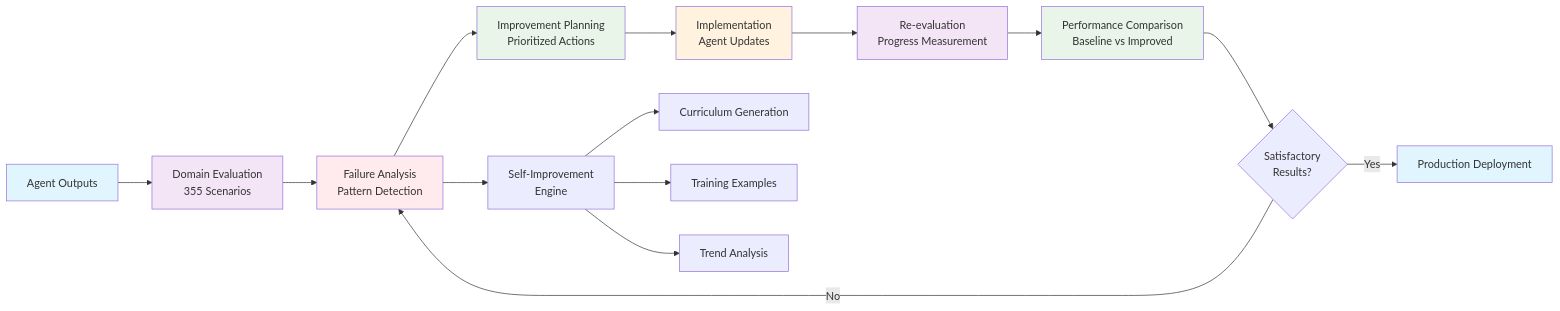
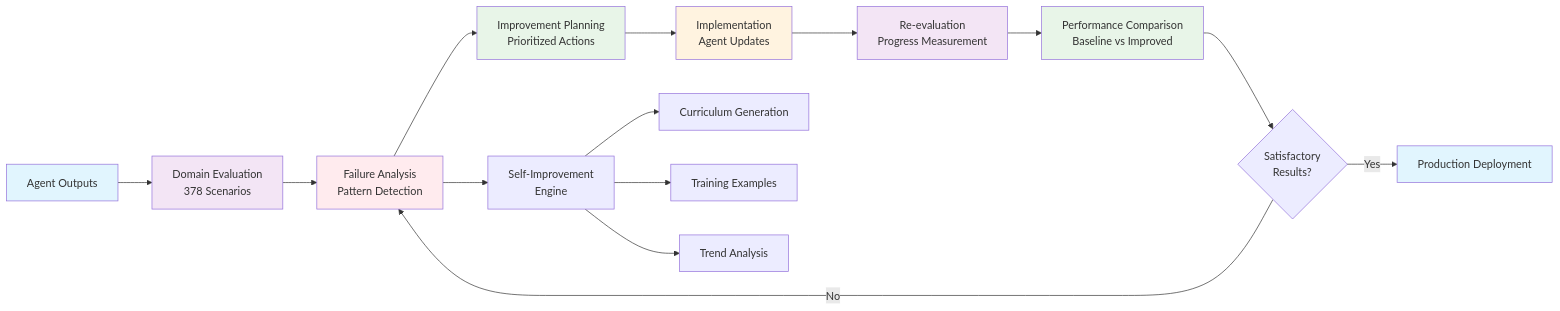
The second of 2 diagrams in README.md (Arc-Computer/arc-eval), drawn with Mermaid before and after one commit. The commit also changed other lines of this file and 2 other files, not shown here.

````diff
--- a/README.md
+++ b/README.md
@@ -107,27 +107,27 @@
 ```mermaid
 graph LR
-    A[Agent Outputs] --> B[Domain Evaluation<br/>355 Scenarios]
+    A[Agent Outputs] --> B[Domain Evaluation<br/>378 Scenarios]
     B --> C[Failure Analysis<br/>Pattern Detection]
     C --> D[Improvement Planning<br/>Prioritized Actions]
     D --> E[Implementation<br/>Agent Updates]
     E --> F[Re-evaluation<br/>Progress Measurement]
     F --> G[Performance Comparison<br/>Baseline vs Improved]
     
     C --> H[Self-Improvement<br/>Engine]
     H --> I[Curriculum Generation]
     H --> J[Training Examples]
     H --> K[Trend Analysis]
     
     G --> L{Satisfactory<br/>Results?}
     L -->|No| C
     L -->|Yes| M[Production Deployment]
     
     style A fill:#e1f5fe
     style B fill:#f3e5f5
     style C fill:#ffebee
     style D fill:#e8f5e8
     style E fill:#fff3e0
     style F fill:#f3e5f5
     style G fill:#e8f5e8
     style M fill:#e1f5fe
 ```
````
